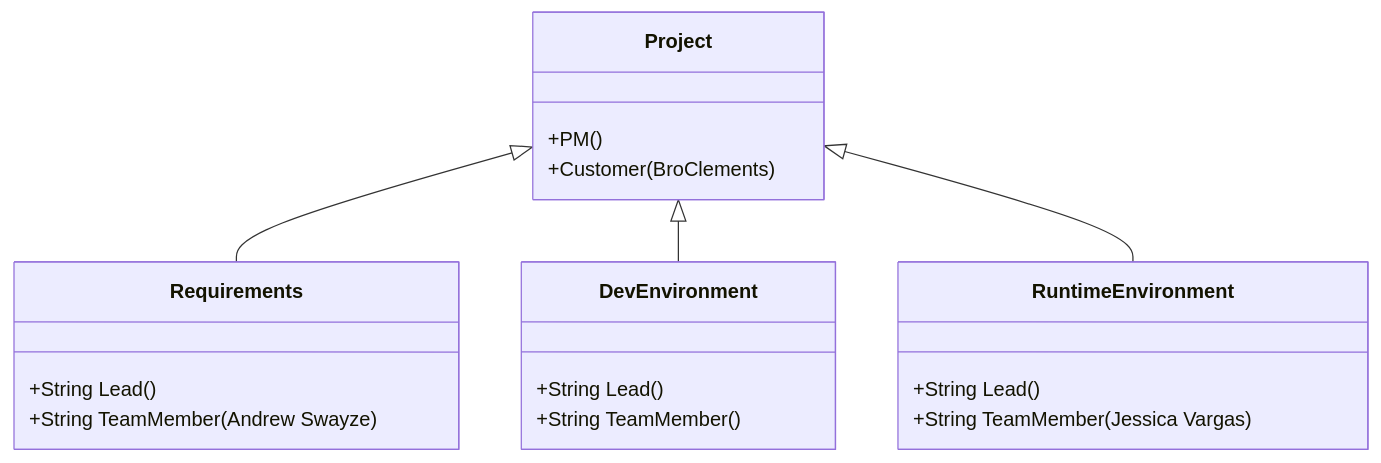
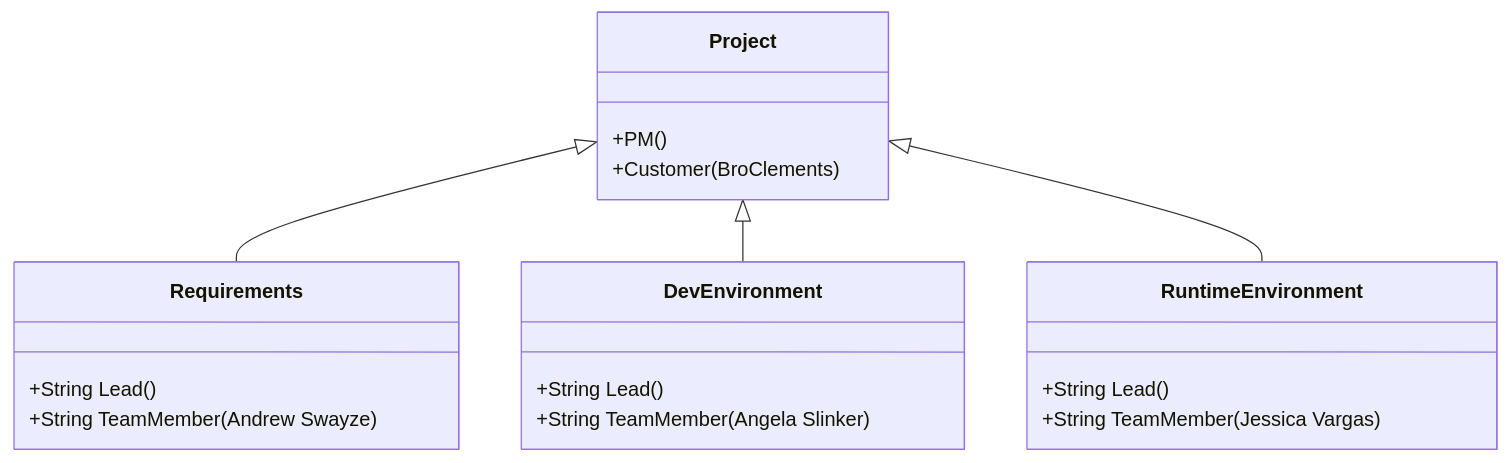
Before and after one commit to byui-cse397/2024WinCSE490PCP: the first of 2 diagrams in ProjectManagement/OrganizationChart/OrganizationChart.md, drawn with Mermaid. The commit also changed other lines of this file, not shown here.

````diff
--- a/ProjectManagement/OrganizationChart/OrganizationChart.md
+++ b/ProjectManagement/OrganizationChart/OrganizationChart.md
@@ -2,20 +2,20 @@
 ```mermaid
 classDiagram
       Project <|-- Requirements
       Project <|-- DevEnvironment
       Project <|-- RuntimeEnvironment
       Project : +PM()
       Project : +Customer(BroClements)
       class Requirements{
           +String Lead()
           +String TeamMember(Andrew Swayze)
       }
       class DevEnvironment{
           +String Lead()
-          +String TeamMember()
+          +String TeamMember(Angela Slinker)
       }
       class RuntimeEnvironment{
           +String Lead()
           +String TeamMember(Jessica Vargas)
       }
 ```
````
